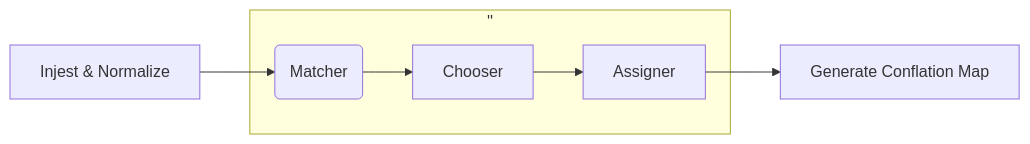
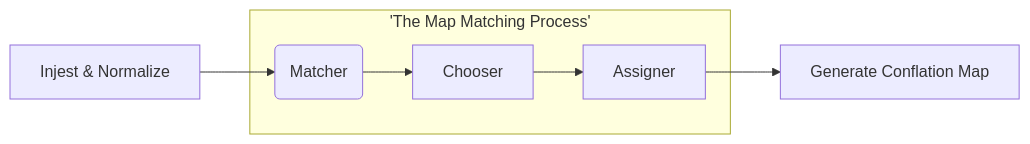
Before and after one commit to availabs/avail-map-conflation-platform: the diagram in documentation/conflation_pipeline_explanation/README.md, drawn with Mermaid. The commit also changed other lines of this file, not shown here.

Commit message:
Added to Matcher/Chooser/Assigner explanation to conflation_pipeline_explanation.

````diff
--- a/documentation/conflation_pipeline_explanation/README.md
+++ b/documentation/conflation_pipeline_explanation/README.md
@@ -20,9 +20,9 @@
 ```mermaid
 graph LR
 A[Injest & Normalize] --> B(Matcher)
-subgraph ''
+subgraph 'The Map Matching Process'
     B --> C[Chooser];
     C --> D[Assigner];
 end
 D --> E[Generate Conflation Map];
 ```
````
